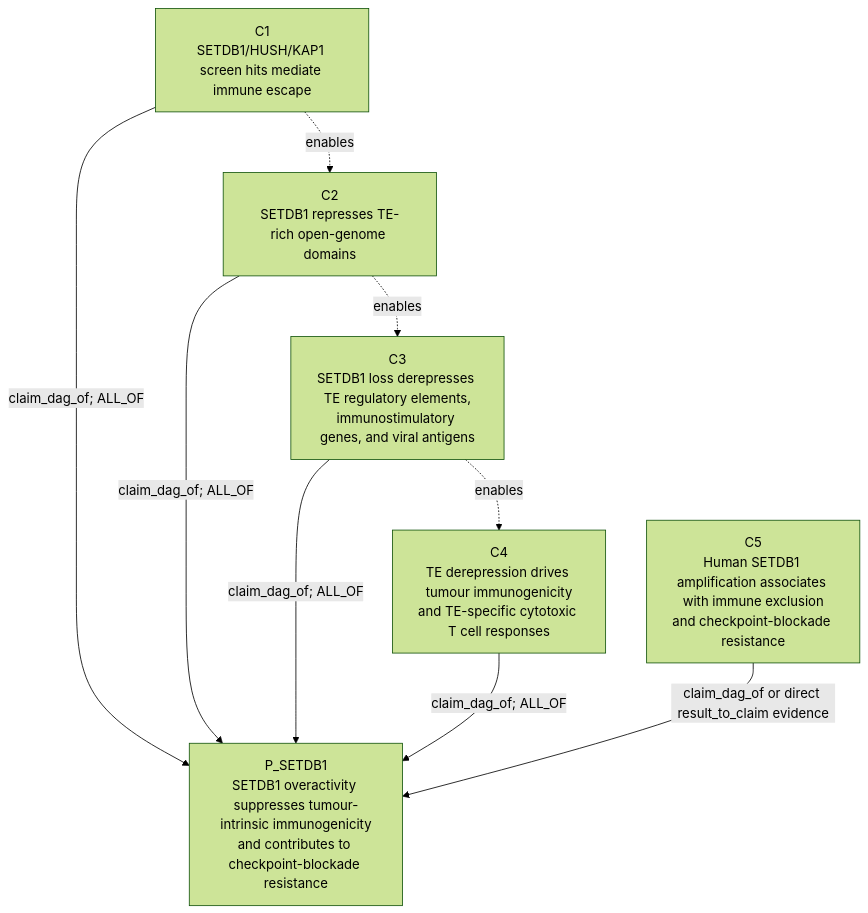
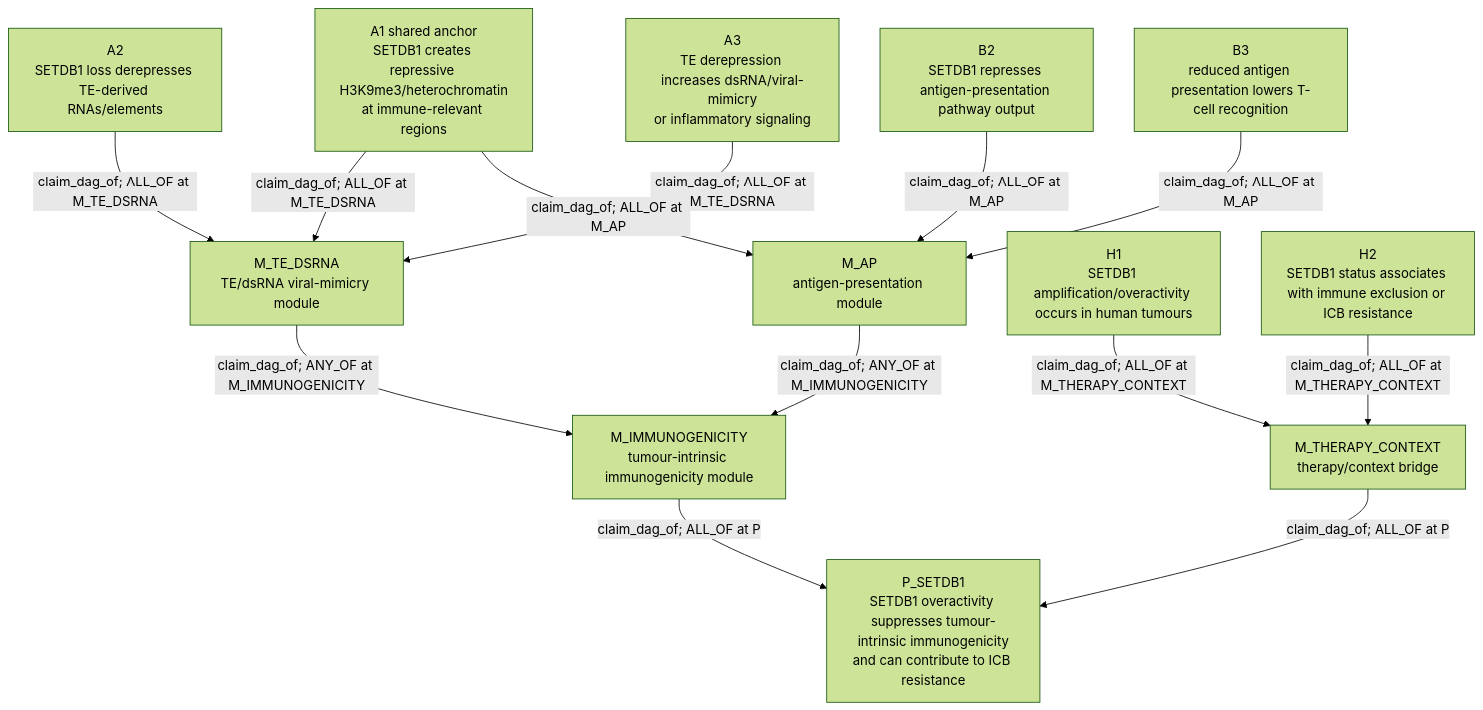
The seventh of 9 diagrams in ingest/CLAIM_OBJECT_MECHANISM_DAG_EXAMPLES.md (eliannaqk/bioKG), drawn with Mermaid (forest theme) before and after one commit. The commit also changed other lines of this file and 3 other files, not shown here.

Commit message:
Clarify claim mechanism DAG logic

````diff
--- a/ingest/CLAIM_OBJECT_MECHANISM_DAG_EXAMPLES.md
+++ b/ingest/CLAIM_OBJECT_MECHANISM_DAG_EXAMPLES.md
@@ -277,19 +328,31 @@
 ```mermaid
 flowchart TD
-  P["P_SETDB1\nSETDB1 overactivity suppresses tumour-intrinsic immunogenicity\nand contributes to checkpoint-blockade resistance"]
-  C1["C1\nSETDB1/HUSH/KAP1 screen hits mediate immune escape"]
-  C2["C2\nSETDB1 represses TE-rich open-genome domains"]
-  C3["C3\nSETDB1 loss derepresses TE regulatory elements,\nimmunostimulatory genes, and viral antigens"]
-  C4["C4\nTE derepression drives tumour immunogenicity\nand TE-specific cytotoxic T cell responses"]
-  C5["C5\nHuman SETDB1 amplification associates with immune exclusion\nand checkpoint-blockade resistance"]
+  P["P_SETDB1\nSETDB1 overactivity suppresses tumour-intrinsic immunogenicity\nand can contribute to ICB resistance"]
+  IMM["M_IMMUNOGENICITY\ntumour-intrinsic immunogenicity module"]
+  M1["M_TE_DSRNA\nTE/dsRNA viral-mimicry module"]
+  M2["M_AP\nantigen-presentation module"]
+  M3["M_THERAPY_CONTEXT\ntherapy/context bridge"]
+  A1["A1 shared anchor\nSETDB1 creates repressive H3K9me3/heterochromatin\nat immune-relevant regions"]
+  A2["A2\nSETDB1 loss derepresses TE-derived RNAs/elements"]
+  A3["A3\nTE derepression increases dsRNA/viral-mimicry\nor inflammatory signaling"]
+  B2["B2\nSETDB1 represses antigen-presentation pathway output"]
+  B3["B3\nreduced antigen presentation lowers T-cell recognition"]
+  H1["H1\nSETDB1 amplification/overactivity occurs in human tumours"]
+  H2["H2\nSETDB1 status associates with immune exclusion or ICB resistance"]
 
-  C1 -- "claim_dag_of; ALL_OF" --> P
-  C2 -- "claim_dag_of; ALL_OF" --> P
-  C3 -- "claim_dag_of; ALL_OF" --> P
-  C4 -- "claim_dag_of; ALL_OF" --> P
-  C5 -- "claim_dag_of or direct result_to_claim evidence" --> P
+  IMM -- "claim_dag_of; ALL_OF at P" --> P
+  M3 -- "claim_dag_of; ALL_OF at P" --> P
+  M1 -- "claim_dag_of; ANY_OF at M_IMMUNOGENICITY" --> IMM
+  M2 -- "claim_dag_of; ANY_OF at M_IMMUNOGENICITY" --> IMM
 
-  C1 -. "enables" .-> C2
-  C2 -. "enables" .-> C3
-  C3 -. "enables" .-> C4
+  A1 -- "claim_dag_of; ALL_OF at M_TE_DSRNA" --> M1
+  A2 -- "claim_dag_of; ALL_OF at M_TE_DSRNA" --> M1
+  A3 -- "claim_dag_of; ALL_OF at M_TE_DSRNA" --> M1
+
+  A1 -- "claim_dag_of; ALL_OF at M_AP" --> M2
+  B2 -- "claim_dag_of; ALL_OF at M_AP" --> M2
+  B3 -- "claim_dag_of; ALL_OF at M_AP" --> M2
+
+  H1 -- "claim_dag_of; ALL_OF at M_THERAPY_CONTEXT" --> M3
+  H2 -- "claim_dag_of; ALL_OF at M_THERAPY_CONTEXT" --> M3
 ```
````
